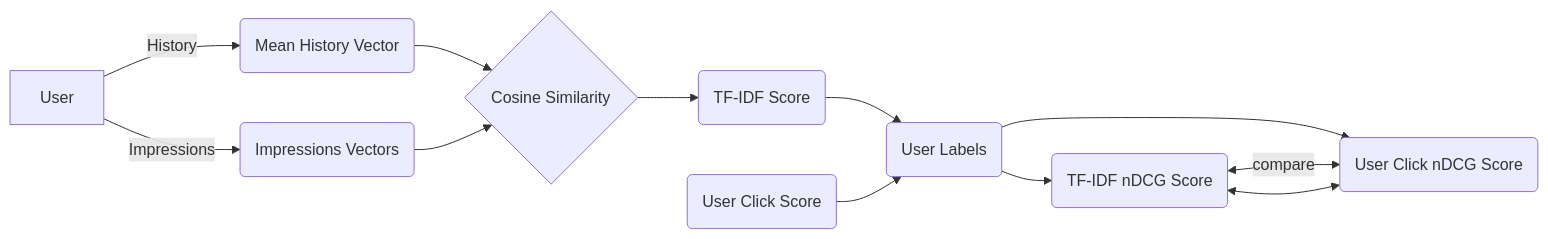
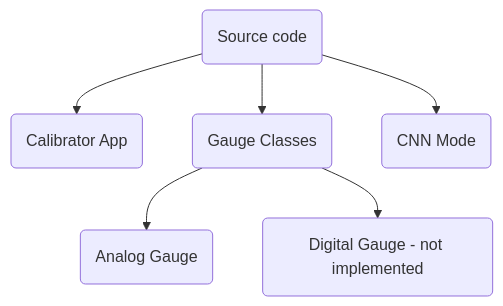
The second of 3 diagrams in README.md (Guydada/GaugereaderProject), drawn with Mermaid before and after one commit. The commit also changed other lines of this file and 5 other files, not shown here.

````diff
--- a/README.md
+++ b/README.md
@@ -327,14 +351,8 @@
 ```mermaid
-graph LR
-A[User] -- History --> B(Mean History Vector)
-A --Impressions--> C(Impressions Vectors)
-B --> D{Cosine Similarity}
-C --> D
-D --> h(TF-IDF Score)
-h --> k(User Labels)
-k --> j(TF-IDF nDCG Score)
-G(User Click Score) --> k 
-k --> i(User Click nDCG Score)
-i<-->j
-j<--compare-->i 
+flowchart TD
+  A(Source code) --> B(Calibrator App)
+  A --> C(Gauge Classes)
+  C --> D(Analog Gauge)
+  C --> E(Digital Gauge - not implemented)
+  A --> F(CNN Mode)
 ```
````
